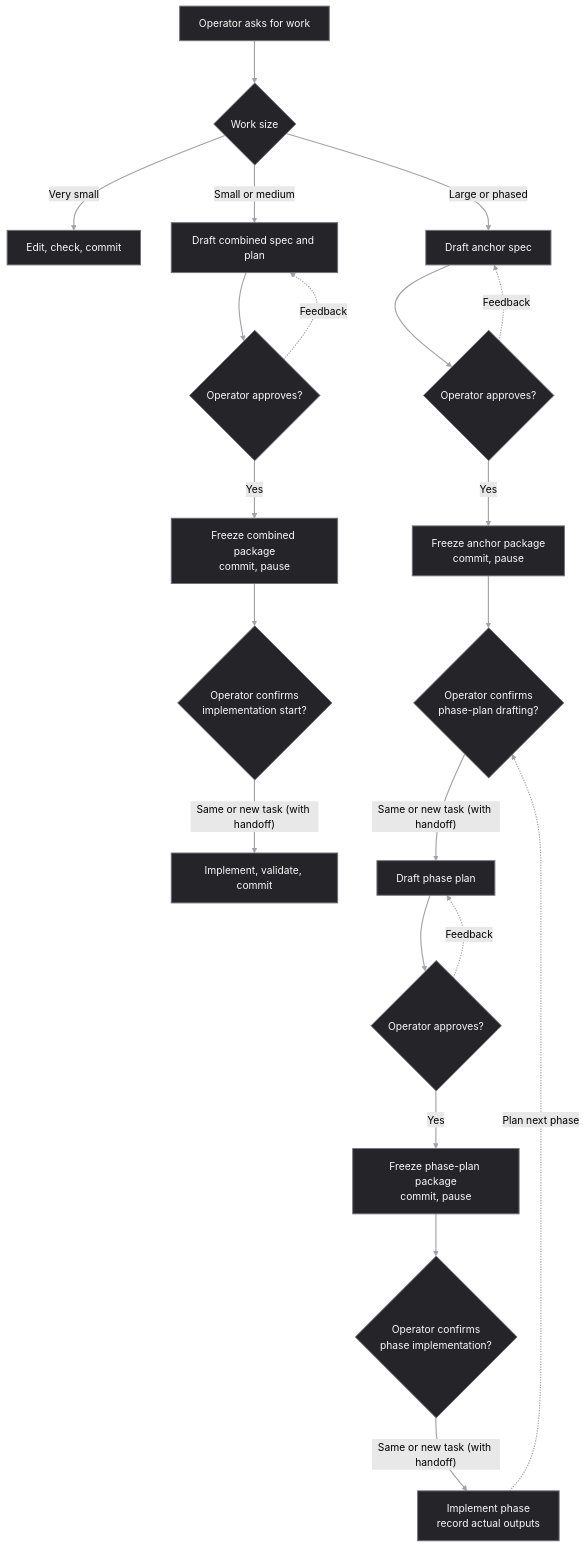
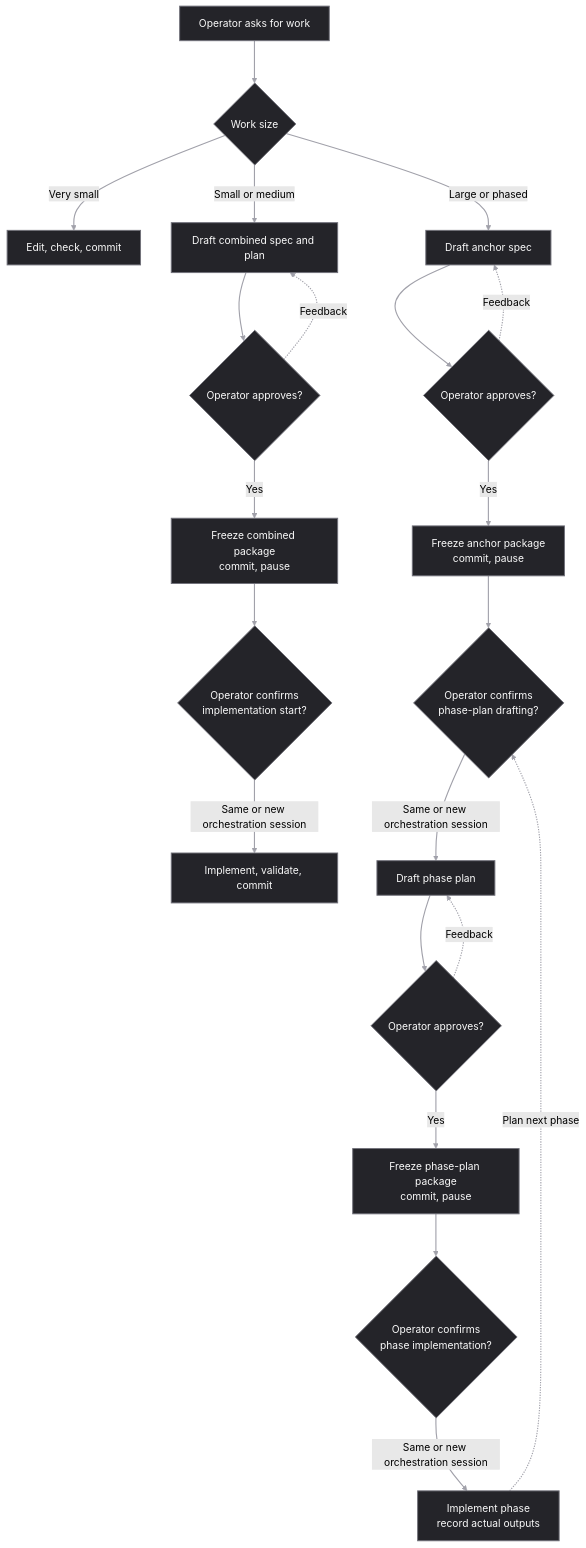
Before and after one commit to itxyzzz/dev-doc-harness: the diagram in README.md, drawn with Mermaid (forest theme). The commit also changed other lines of this file and 22 other files, not shown here.

Commit message:
docs: task-orchestration-model-policy -- align orchestration and model selection

````diff
--- a/README.md
+++ b/README.md
@@ -22,36 +22,36 @@
 ```mermaid
 %%{init: {
   "flowchart": {
     "curve": "basis",
     "nodeSpacing": 48,
     "rankSpacing": 66
   }
 }}%%
 
 flowchart TD
     A["Operator asks for work"]:::house --> B{"Work size"}:::house
     B -->|"Very small"| C["Edit, check, commit"]:::house
     B -->|"Small or medium"| D["Draft combined spec and plan"]:::house
     B -->|"Large or phased"| H["Draft anchor spec"]:::house
 
     D --> E{"Operator approves?"}:::house
     E -.->|"Feedback"| D
     E -->|"Yes"| F["Freeze combined package<br/>commit, pause"]:::house
     F --> G{"Operator confirms<br/>implementation start?"}:::house
-    G -->|"Same or new task (with handoff)"| S["Implement, validate, commit"]:::house
+    G -->|"Same or new orchestration session"| S["Implement, validate, commit"]:::house
 
     H --> I{"Operator approves?"}:::house
     I -.->|"Feedback"| H
     I -->|"Yes"| J["Freeze anchor package<br/>commit, pause"]:::house
     J --> K{"Operator confirms<br/>phase-plan drafting?"}:::house
-    K -->|"Same or new task (with handoff)"| L["Draft phase plan"]:::house
+    K -->|"Same or new orchestration session"| L["Draft phase plan"]:::house
     L --> M{"Operator approves?"}:::house
     M -.->|"Feedback"| L
     M -->|"Yes"| N["Freeze phase-plan package<br/>commit, pause"]:::house
     N --> O{"Operator confirms<br/>phase implementation?"}:::house
-    O -->|"Same or new task (with handoff)"| P["Implement phase<br/>record actual outputs"]:::house
+    O -->|"Same or new orchestration session"| P["Implement phase<br/>record actual outputs"]:::house
     P -.->|"Plan next phase"| K
 
     classDef house fill:#242429,stroke:#71717a,stroke-width:1.5px,color:#fafafa
     linkStyle default stroke:#a1a1aa,stroke-width:1.75px
 ```
````
